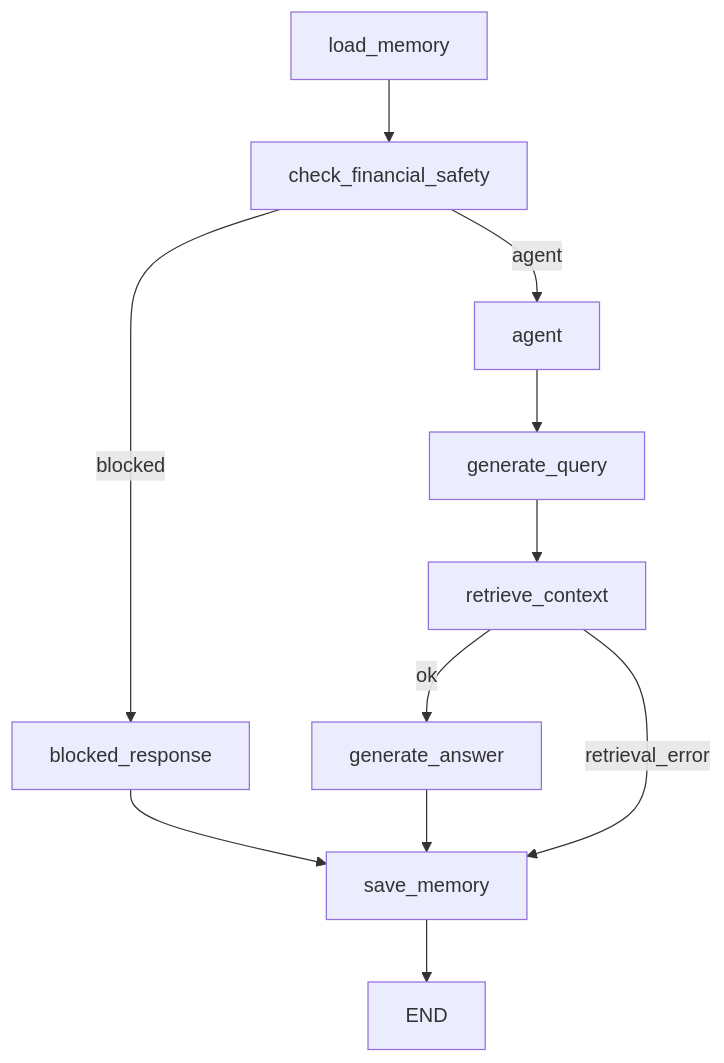
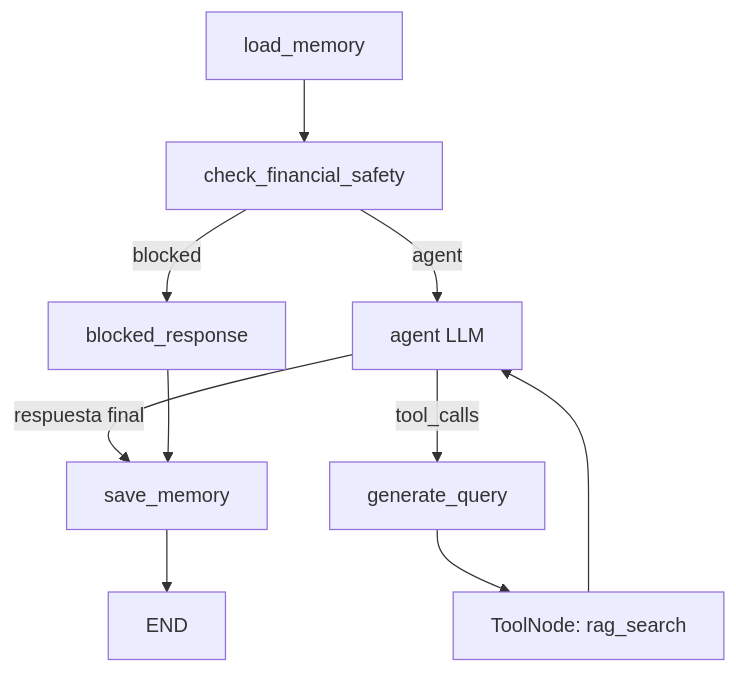
One commit to Fergchis/NaviRag_Trading changed the diagram in docs/flujo_langgraph_ev2.md. Above: the diagram before and after it, drawn with Mermaid. The commit also changed other lines of this file and 14 other files, not shown here.

````diff
--- a/docs/flujo_langgraph_ev2.md
+++ b/docs/flujo_langgraph_ev2.md
@@ -21,13 +9,12 @@
 ```mermaid
 flowchart TD
     A[load_memory] --> B[check_financial_safety]
     B -->|blocked| C[blocked_response]
-    B -->|agent| D[agent]
-    D --> E[generate_query]
-    E --> F[retrieve_context]
-    F -->|ok| G[generate_answer]
-    F -->|retrieval_error| H[save_memory]
+    B -->|agent| D[agent LLM]
+    D -->|tool_calls| E[generate_query]
+    D -->|respuesta final| H[save_memory]
+    E --> F[ToolNode: rag_search]
+    F --> D
     C --> H
-    G --> H
     H --> I[END]
 ```
````
